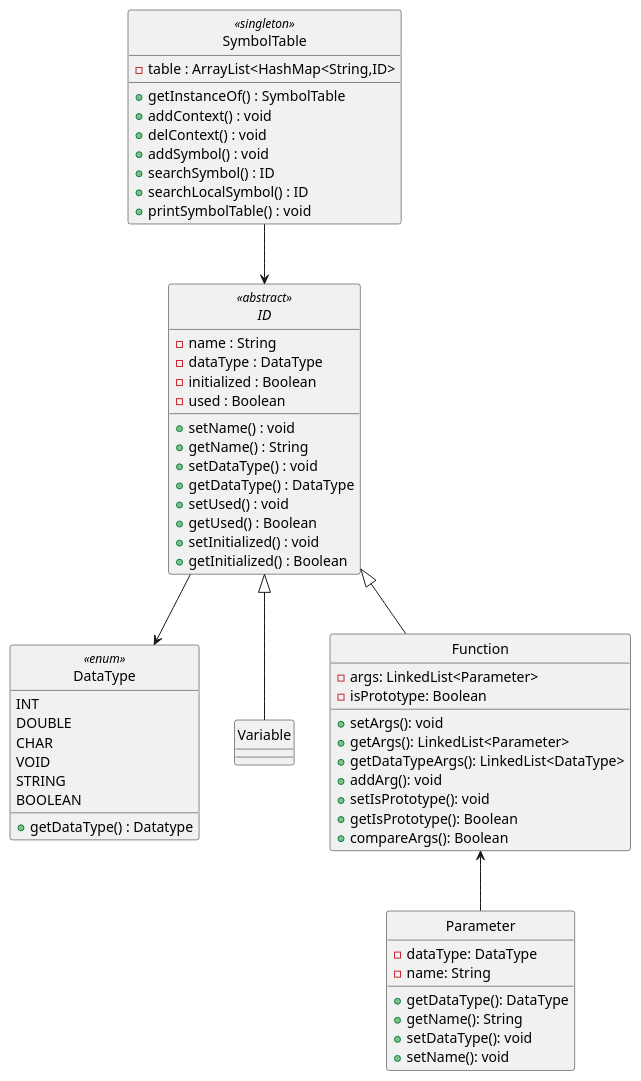
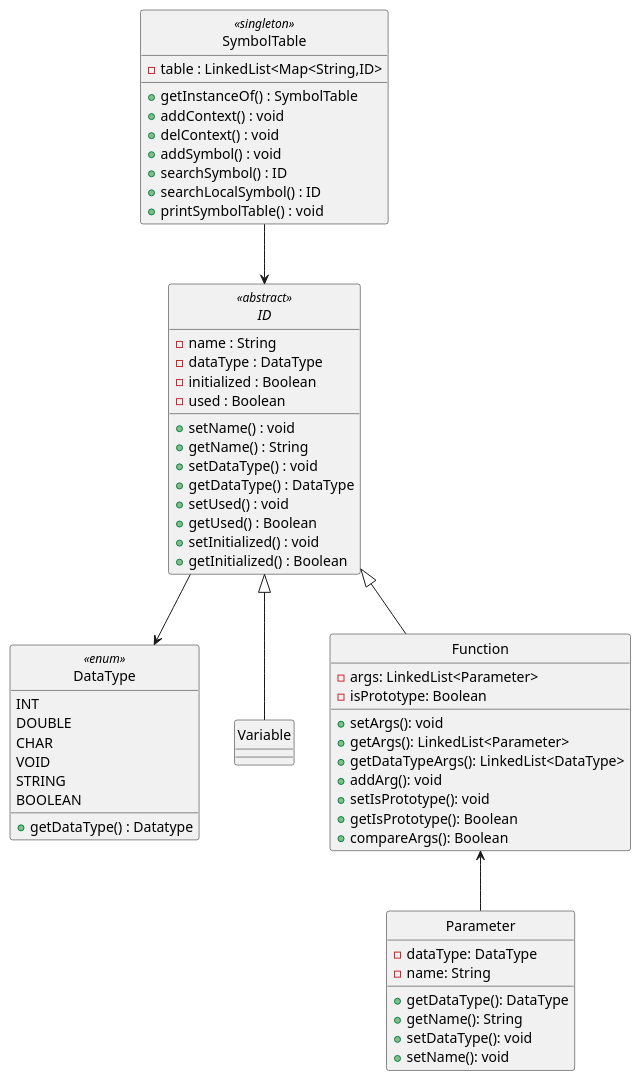
One commit to manugcr/Compiladores changed the diagram in proyectobase/UML/symbolTable.puml. Above: the diagram before and after it, drawn with PlantUML. The commit also changed 12 other files, not shown here.

```diff
--- a/proyectobase/UML/symbolTable.puml
+++ b/proyectobase/UML/symbolTable.puml
@@ -1,70 +1,70 @@
 @startuml SymbolTable
 
 hide circle
 
 class SymbolTable <<singleton>> {
-    - table : ArrayList<HashMap<String,ID>  
+    - table : LinkedList<Map<String,ID>  
     + getInstanceOf() : SymbolTable
     + addContext() : void
     + delContext() : void
     + addSymbol() : void
     + searchSymbol() : ID
     + searchLocalSymbol() : ID
     + printSymbolTable() : void
 }
 
 enum DataType <<enum>> {
     INT
     DOUBLE
     CHAR
     VOID 
     STRING
     BOOLEAN
     + getDataType() : Datatype
 }
 
 abstract class ID <<abstract>> {
     - name : String
     - dataType : DataType
     - initialized : Boolean
     - used : Boolean
     + setName() : void
     + getName() : String
     + setDataType() : void
     + getDataType() : DataType
     + setUsed() : void
     + getUsed() : Boolean
     + setInitialized() : void
     + getInitialized() : Boolean
 }
 
 class Variable {}
 
 class Function {
     - args: LinkedList<Parameter>
     - isPrototype: Boolean
     + setArgs(): void
     + getArgs(): LinkedList<Parameter>
     + getDataTypeArgs(): LinkedList<DataType>
     + addArg(): void
     + setIsPrototype(): void
     + getIsPrototype(): Boolean
     + compareArgs(): Boolean
 }
 
 class Parameter {
     - dataType: DataType
     - name: String
     + getDataType(): DataType
     + getName(): String
     + setDataType(): void
     + setName(): void
 }
 
 SymbolTable --> ID
 ID <|-- Variable
 ID <|-- Function
 ID --> DataType
 Function <-- Parameter
 
 @enduml
```
